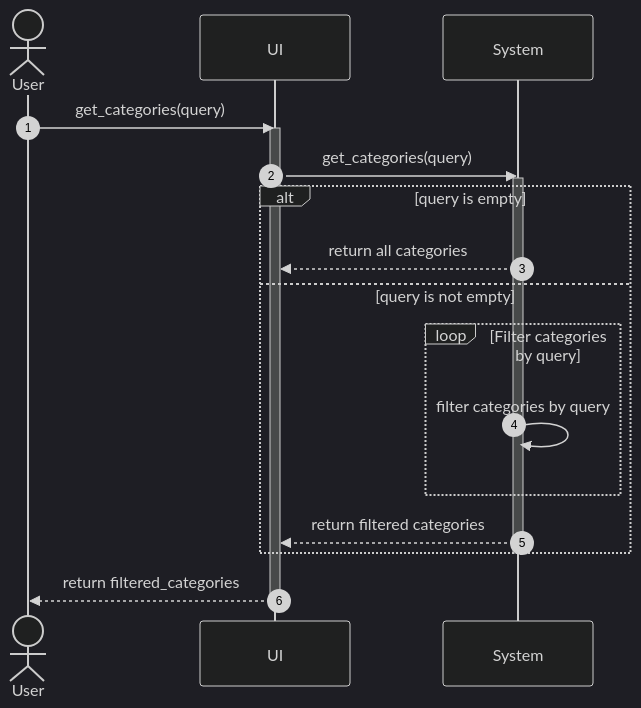
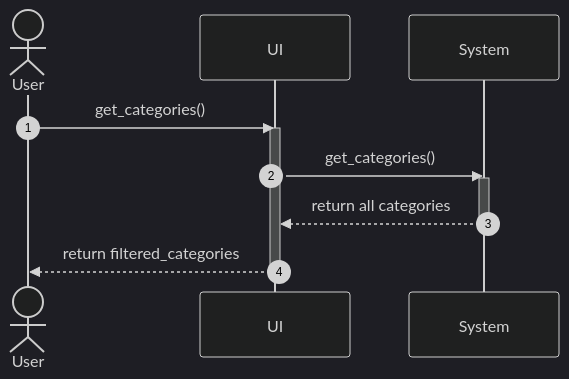
One commit to Bokutosimp/CE_OOP_PROJECT changed the diagram in diagram/sequence/get_categories.md. Above: the diagram before and after it, drawn with Mermaid. The commit also changed 1 other file, not shown here.

Commit message:
remove query from get_catregories

````diff
--- a/diagram/sequence/get_categories.md
+++ b/diagram/sequence/get_categories.md
@@ -1,32 +1,26 @@
 ```mermaid
 ---
 config:
   theme: dark
   look: classic
 ---
 
 sequenceDiagram
 autonumber
 
     actor User
     participant UI
     participant System
 
-    User ->> UI: get_categories(query)
+    User ->> UI: get_categories()
     activate UI
-    UI ->> System: get_categories(query)
+    UI ->> System: get_categories()
     activate System
 
-    alt query is empty
-        System -->> UI: return all categories
-    else query is not empty
-        loop Filter categories by query
-            System ->> System: filter categories by query
-        end
-        System -->> UI: return filtered categories
-    end
+    System -->> UI: return all categories
+
 
     deactivate System
     UI -->> User: return filtered_categories
     deactivate UI
 ```
````
